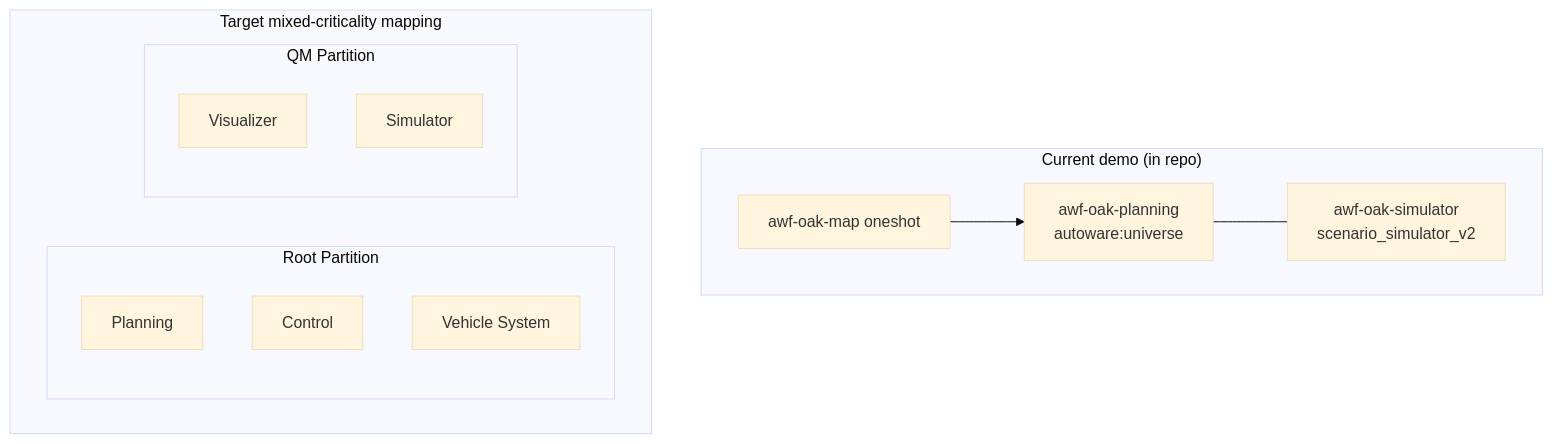
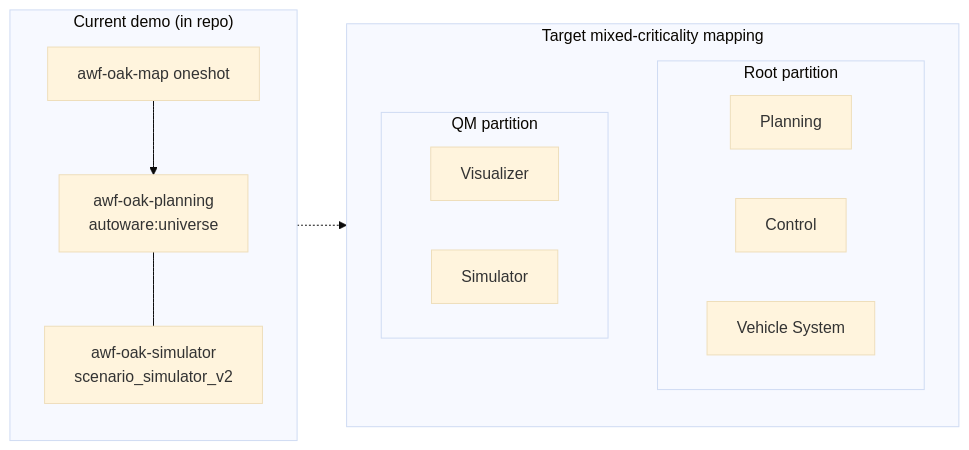
One commit to autowarefoundation/openadkit changed the diagram in docs/platforms/autosd/index.md. Above: the diagram before and after it, drawn with Mermaid (base theme). The commit also changed other lines of this file and 38 other files, not shown here.

````diff
--- a/docs/platforms/autosd/index.md
+++ b/docs/platforms/autosd/index.md
@@ -183,22 +189,23 @@
 ```mermaid
-flowchart TB
+flowchart LR
     subgraph Today["Current demo (in repo)"]
-        M[awf-oak-map oneshot]
-        P[awf-oak-planning<br/>autoware:universe]
-        S[awf-oak-simulator<br/>scenario_simulator_v2]
-        M --> P
-        P --- S
+        direction TB
+        M[awf-oak-map oneshot] --> P[awf-oak-planning<br/>autoware:universe]
+        P --- S[awf-oak-simulator<br/>scenario_simulator_v2]
     end
 
     subgraph Target["Target mixed-criticality mapping"]
-        subgraph Root["Root Partition"]
+        direction TB
+        subgraph Root["Root partition"]
             R1[Planning]
             R2[Control]
             R3[Vehicle System]
         end
-        subgraph QM["QM Partition"]
+        subgraph QM["QM partition"]
             Q1[Visualizer]
             Q2[Simulator]
         end
     end
+
+    Today -.-> Target
 ```
````
